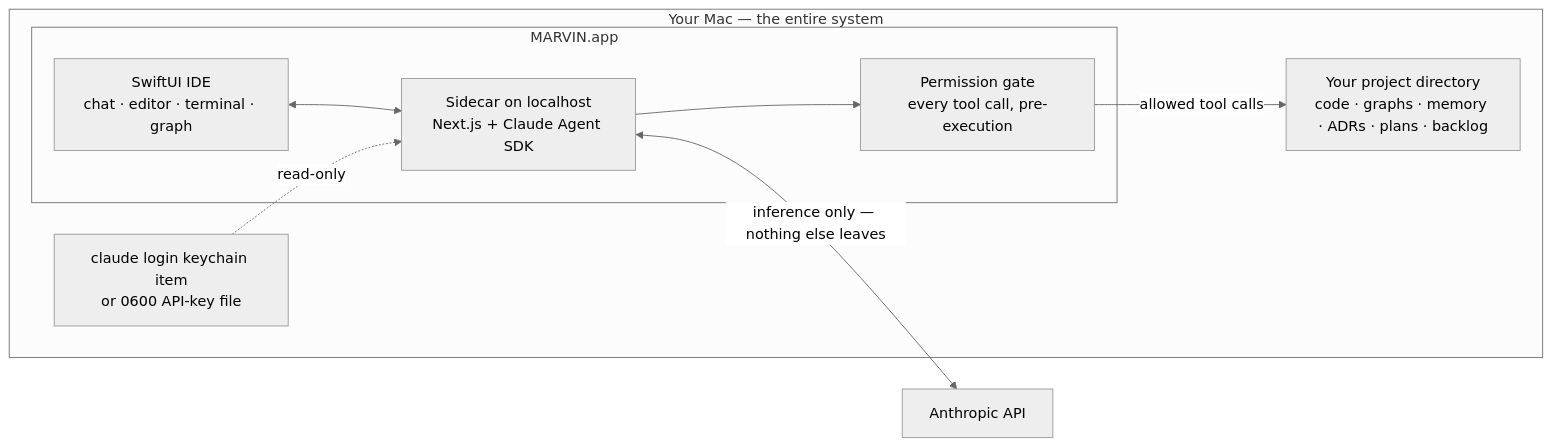
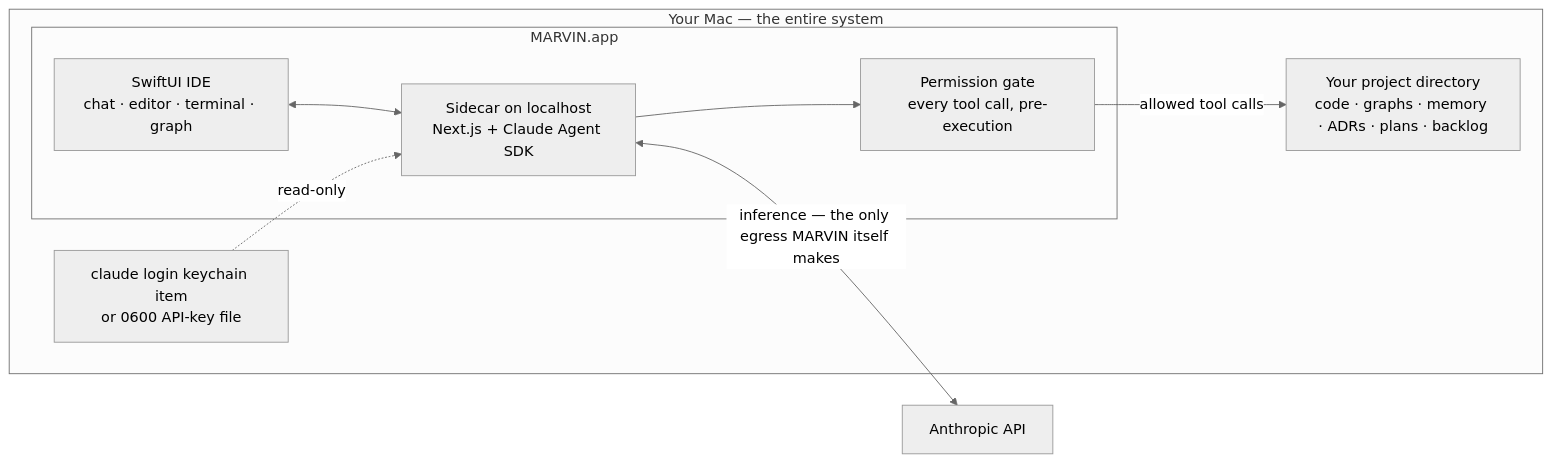
Before and after one commit to RobertIlisei/MARVIN: the second of 5 diagrams in docs/whitepaper/WHITEPAPER.md, drawn with Mermaid (neutral theme). The commit also changed other lines of this file and 4 other files, not shown here.

````diff
--- a/docs/whitepaper/WHITEPAPER.md
+++ b/docs/whitepaper/WHITEPAPER.md
@@ -190,18 +206,18 @@
 ```mermaid
 flowchart LR
   subgraph mac["Your Mac — the entire system"]
     subgraph app["MARVIN.app"]
       ui["SwiftUI IDE<br/>chat · editor · terminal · graph"]
       sidecar["Sidecar on localhost<br/>Next.js + Claude Agent SDK"]
       gate["Permission gate<br/>every tool call, pre-execution"]
     end
     proj["Your project directory<br/>code · graphs · memory · ADRs · plans · backlog"]
     cred["claude login keychain item<br/>or 0600 API-key file"]
     ui <--> sidecar
     sidecar --> gate
     gate -->|"allowed tool calls"| proj
     cred -.->|"read-only"| sidecar
   end
   anthropic["Anthropic API"]
-  sidecar <-->|"inference only — nothing else leaves"| anthropic
+  sidecar <-->|"inference — the only egress MARVIN itself makes"| anthropic
 ```
````
